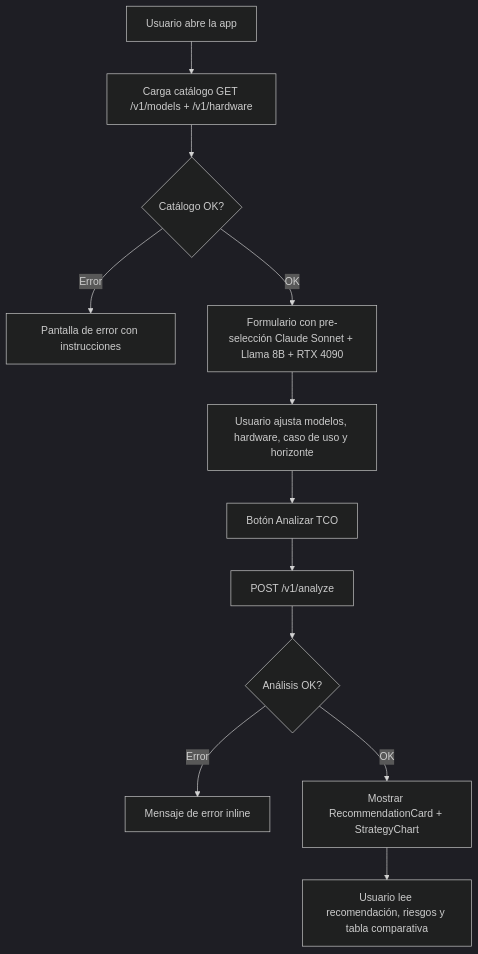
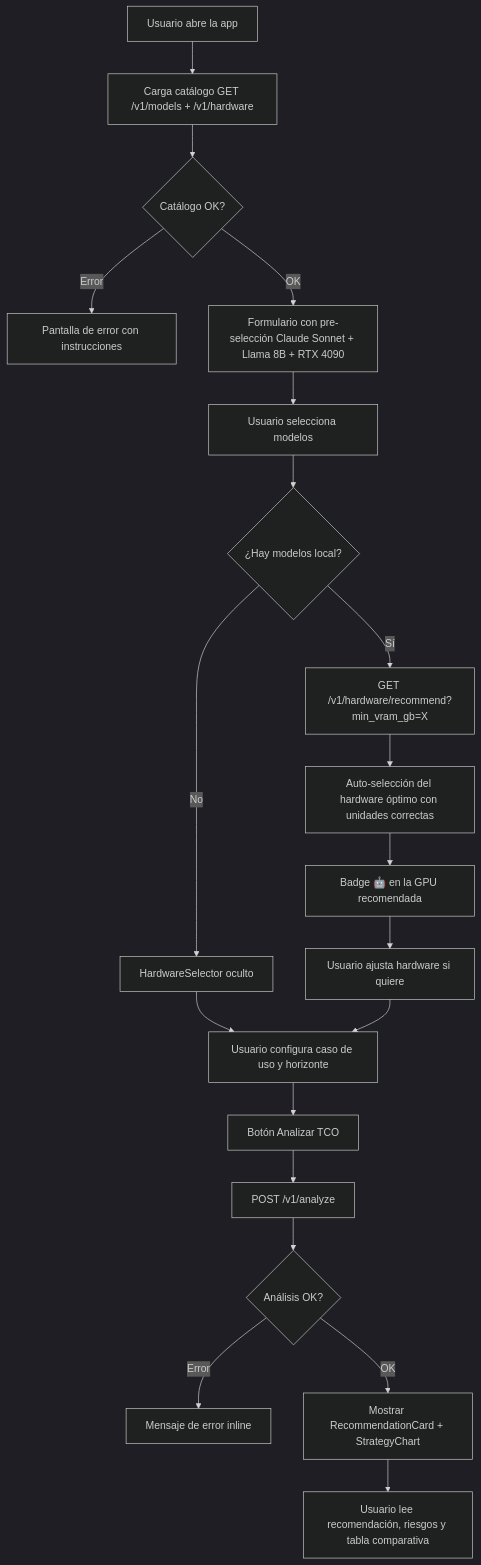
The diagram in docs/frontend.md (Ka0s-Klaus/klaUS-aicalc-roi), drawn with Mermaid (dark theme) before and after one commit. The commit also changed other lines of this file and 7 other files, not shown here.

First line of the commit message:
feat(#35): auto-recomendación de hardware para modelos locales con soporte multi-GPU

````diff
--- a/docs/frontend.md
+++ b/docs/frontend.md
@@ -18,14 +18,22 @@
 ```mermaid
 flowchart TD
     A[Usuario abre la app] --> B[Carga catálogo GET /v1/models + /v1/hardware]
     B --> C{Catálogo OK?}
     C -- Error --> D[Pantalla de error con instrucciones]
     C -- OK --> E[Formulario con pre-selección Claude Sonnet + Llama 8B + RTX 4090]
-    E --> F[Usuario ajusta modelos, hardware, caso de uso y horizonte]
-    F --> G[Botón Analizar TCO]
-    G --> H[POST /v1/analyze]
-    H --> I{Análisis OK?}
-    I -- Error --> J[Mensaje de error inline]
-    I -- OK --> K[Mostrar RecommendationCard + StrategyChart]
-    K --> L[Usuario lee recomendación, riesgos y tabla comparativa]
+    E --> F[Usuario selecciona modelos]
+    F --> G{¿Hay modelos local?}
+    G -- Sí --> H[GET /v1/hardware/recommend?min_vram_gb=X]
+    H --> I[Auto-selección del hardware óptimo con unidades correctas]
+    I --> J[Badge 🤖 en la GPU recomendada]
+    G -- No --> K[HardwareSelector oculto]
+    J --> L[Usuario ajusta hardware si quiere]
+    K --> M[Usuario configura caso de uso y horizonte]
+    L --> M
+    M --> N[Botón Analizar TCO]
+    N --> O[POST /v1/analyze]
+    O --> P{Análisis OK?}
+    P -- Error --> Q[Mensaje de error inline]
+    P -- OK --> R[Mostrar RecommendationCard + StrategyChart]
+    R --> S[Usuario lee recomendación, riesgos y tabla comparativa]
 ```
````
